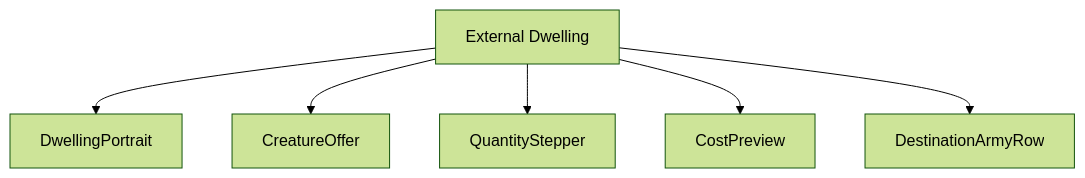
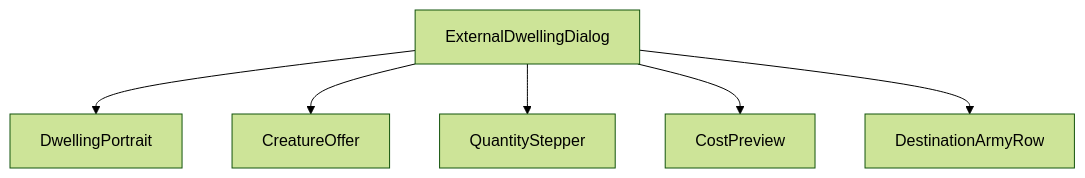
Before and after one commit to SunaNoOshiro/Heroes_Reforged_AI_Realms: the first of 5 diagrams in docs/architecture/wiki/screens/21-external-dwelling/architecture.md, drawn with Mermaid (forest theme). The commit also changed other lines of this file and 518 other files, not shown here.

First line of the commit message:
Add doc-audit skill and sweep architecture/screen docs

````diff
--- a/docs/architecture/wiki/screens/21-external-dwelling/architecture.md
+++ b/docs/architecture/wiki/screens/21-external-dwelling/architecture.md
@@ -16,14 +25,14 @@
 ```mermaid
 flowchart TD
-  Root["External Dwelling"]
+  Root["ExternalDwellingDialog"]
   C0["DwellingPortrait"]
   Root --> C0
   C1["CreatureOffer"]
   Root --> C1
   C2["QuantityStepper"]
   Root --> C2
   C3["CostPreview"]
   Root --> C3
   C4["DestinationArmyRow"]
   Root --> C4
 ```
````
